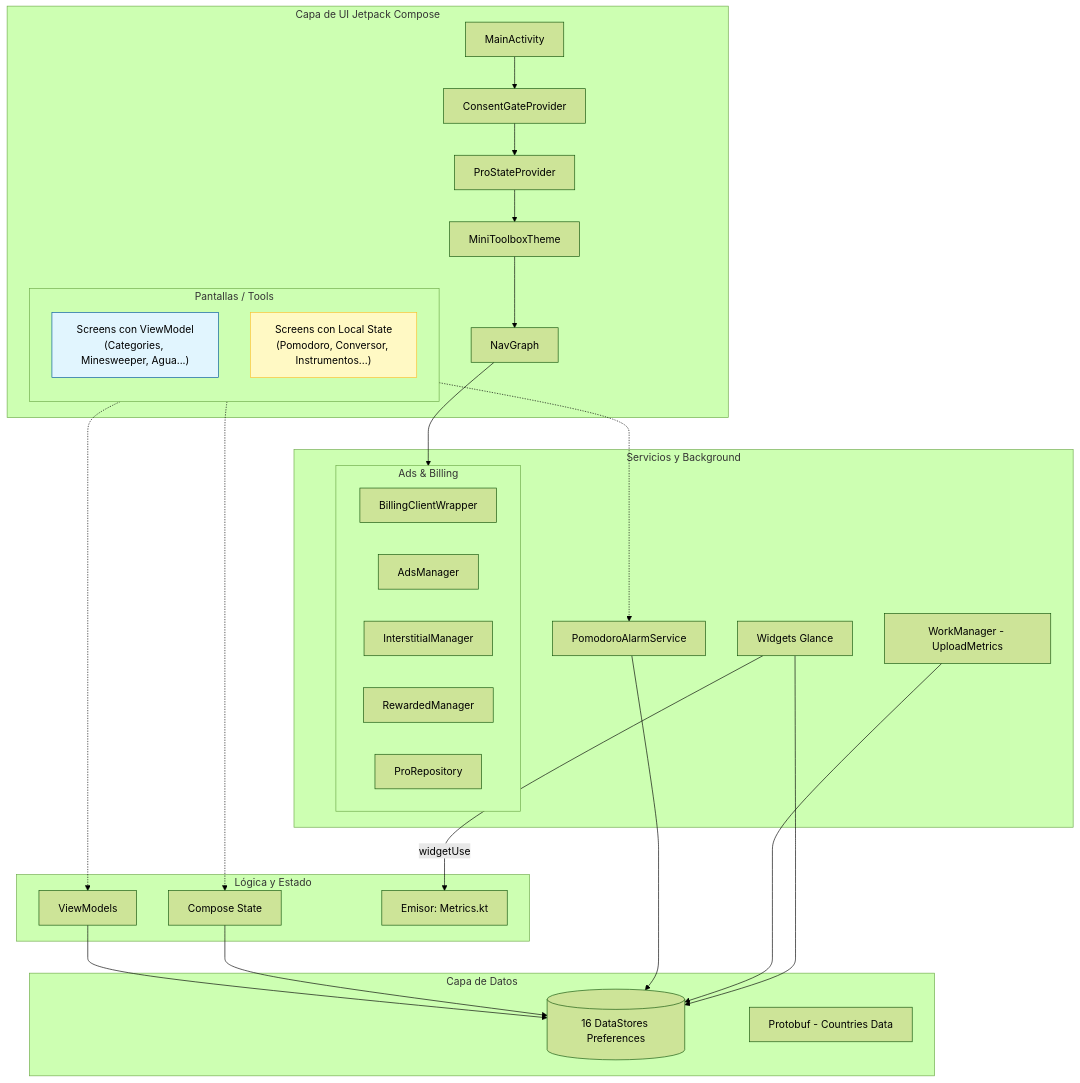
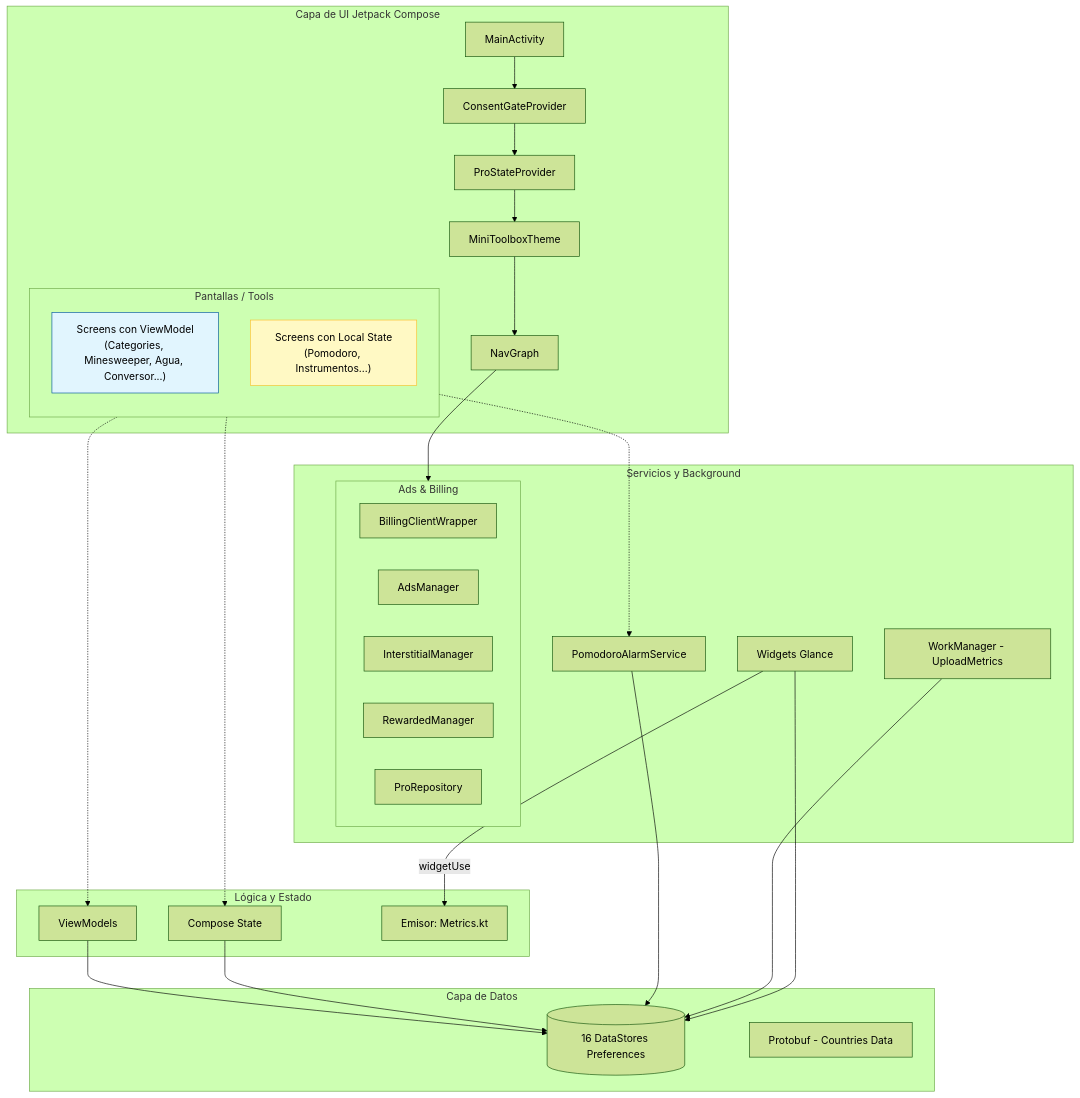
The first of 4 diagrams in docs/architecture.md (JoaquinSasso/MiniToolbox), drawn with Mermaid (forest theme) before and after one commit. The commit also changed 11 other files, not shown here.

````diff
--- a/docs/architecture.md
+++ b/docs/architecture.md
@@ -18,52 +18,52 @@
 ```mermaid
 flowchart TD
     subgraph UI_Layer [Capa de UI Jetpack Compose]
         MA[MainActivity] --> CG[ConsentGateProvider]
         CG --> PSP[ProStateProvider]
         PSP --> MT[MiniToolboxTheme]
         MT --> NG[NavGraph]
         
         subgraph Screens [Pantallas / Tools]
             direction TB
-            VM_Screens["Screens con ViewModel<br/>(Categories, Minesweeper, Agua...)"]
-            State_Screens["Screens con Local State<br/>(Pomodoro, Conversor, Instrumentos...)"]
+            VM_Screens["Screens con ViewModel<br/>(Categories, Minesweeper, Agua, Conversor...)"]
+            State_Screens["Screens con Local State<br/>(Pomodoro, Instrumentos...)"]
             style VM_Screens fill:#e1f5fe,stroke:#01579b,color:#000
             style State_Screens fill:#fff9c4,stroke:#fbc02d,color:#000
         end
     end
 
     subgraph Logic_State [Lógica y Estado]
         VM[ViewModels]
         CS[Compose State]
         MET["Emisor: Metrics.kt"]
     end
 
     subgraph Services_Background [Servicios y Background]
         subgraph Ads_Billing [Ads & Billing]
             BM[BillingClientWrapper]
             AM[AdsManager]
             IM[InterstitialManager]
             RM[RewardedManager]
             PR[ProRepository]
         end
         PAS[PomodoroAlarmService]
         WM[WorkManager - UploadMetrics]
         GW[Widgets Glance]
     end
 
     subgraph Data_Layer [Capa de Datos]
         DS[(16 DataStores Preferences)]
         PB[Protobuf - Countries Data]
     end
 
     VM_Screens -.-> VM
     State_Screens -.-> CS
     VM --> DS
     CS --> DS
     PAS --> DS
     WM --> DS
     GW --> DS
     NG --> Ads_Billing
     State_Screens -.-> PAS
     GW -->|widgetUse| MET
 ```
````
